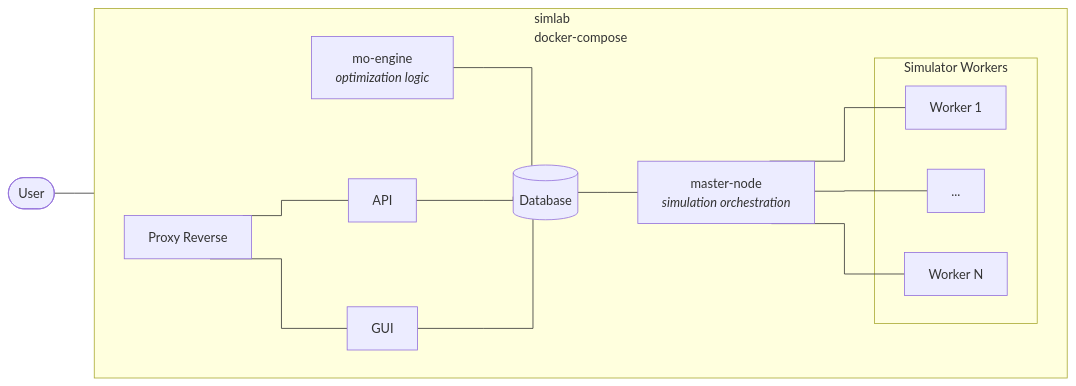
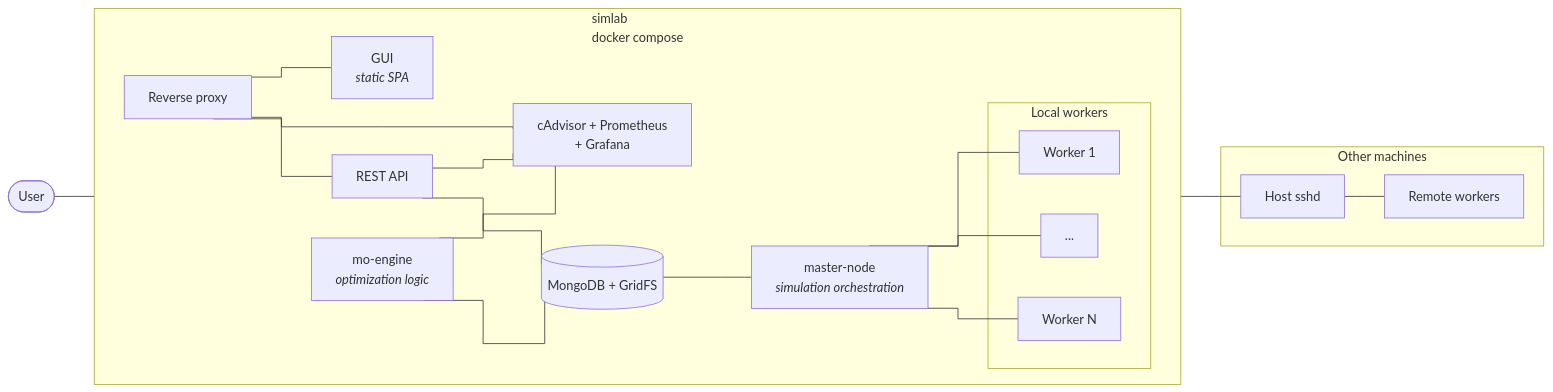
One commit to JunioCesarFerreira/simlab changed the first of 2 diagrams in README.md. Above: the diagram before and after it, drawn with Mermaid. The commit also changed other lines of this file and 71 other files, not shown here.

````diff
--- a/README.md
+++ b/README.md
@@ -57,36 +45,39 @@
 ```mermaid
 %%{init: {"flowchart": {"curve": "stepAfter"}}}%%
 flowchart LR
     user([User])
-    subgraph SIMLAB["simlab<br/>docker-compose"]
+    subgraph SIMLAB["simlab<br/>docker compose"]
         direction LR
+        proxy["Reverse proxy"]
+        gui["GUI<br/><i>static SPA</i>"]
+        api["REST API"]
+        db[(MongoDB + GridFS)]
         mo["mo-engine<br/><i>optimization logic</i>"]
-        db[(Database)]
-        api["API"]
-        gui["GUI"]
-        proxy["Proxy Reverse"]
         master["master-node<br/><i>simulation orchestration</i>"]
-        subgraph workers["Simulator Workers<br/>"]
+        monitor["cAdvisor + Prometheus<br/>+ Grafana"]
+        subgraph workers["Local workers"]
             w1["Worker 1"]
             w2["..."]
             w3["Worker N"]
         end
     end
+    subgraph remote["Other machines"]
+        host["Host sshd"]
+        r1["Remote workers"]
+    end
 
     user --- proxy
-
+    proxy --- gui
+    proxy --- api
+    proxy --- monitor
+    api --- db
+    api --- monitor
     mo --- db
-
-    proxy --- api
-    proxy --- gui
-
-    api --- db
-    gui --- db
-
-
+    mo --- monitor
     db --- master
-
     master --- w1
     master --- w2
     master --- w3
+    master --- host
+    host --- r1
 ```
````
